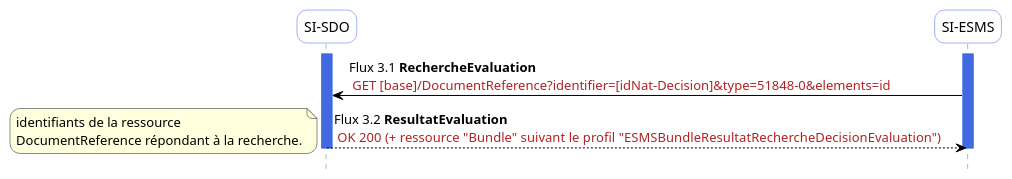
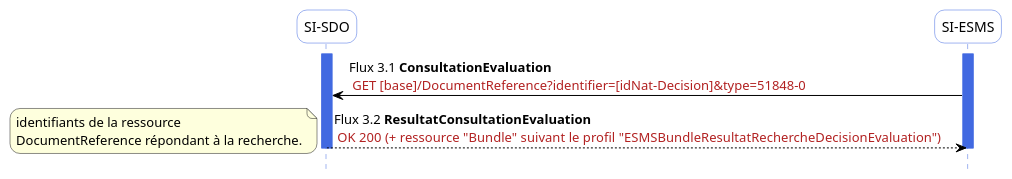
One commit to ansforge/IG-fhir-medicosocial-suivi-decisions-orientation changed the diagram in input/images-source/flux3.plantuml. Above: the diagram before and after it, drawn with PlantUML. The commit also changed 5 other files, not shown here.

```diff
--- a/input/images-source/flux3.plantuml
+++ b/input/images-source/flux3.plantuml
@@ -1,34 +1,34 @@
 @startuml flux3
 hide footbox
 
 skinparam sequence {
  arrowColor black
  ParticipantBorderColor RoyalBlue
  ParticipantBackgroundColor white
  LifeLineBorderColor RoyalBlue
  LifeLineBackgroundColor RoyalBlue
  ParticipantFontSize 14
  ParticipantFontName arial
  ParticipantPadding 20
 }
 skinparam  roundcorner 20
 
 
 participant "SI-SDO" as SDO
 participant "SI-ESMS" as ESMS
 activate SDO
 activate ESMS
 
 
-ESMS-[#black]> SDO : Flux 3.1 **RechercheEvaluation** \n <color #FireBrick>GET [base]/DocumentReference?identifier=[idNat-Decision]&type=51848-0&elements=id</color>
-SDO-[#black]-> ESMS: Flux 3.2 **ResultatEvaluation** \n <color #FireBrick>OK 200 (+ ressource "Bundle"  suivant le profil "ESMSBundleResultatRechercheDecisionEvaluation")</color>
+ESMS-[#black]> SDO : Flux 3.1 **ConsultationEvaluation** \n <color #FireBrick>GET [base]/DocumentReference?identifier=[idNat-Decision]&type=51848-0</color>
+SDO-[#black]-> ESMS: Flux 3.2 **ResultatConsultationEvaluation** \n <color #FireBrick>OK 200 (+ ressource "Bundle"  suivant le profil "ESMSBundleResultatRechercheDecisionEvaluation")</color>
 
 note left
 identifiants de la ressource 
 DocumentReference répondant à la recherche.
 end note
 
 
 deactivate SDO
 deactivate ESMS
 @enduml
```
